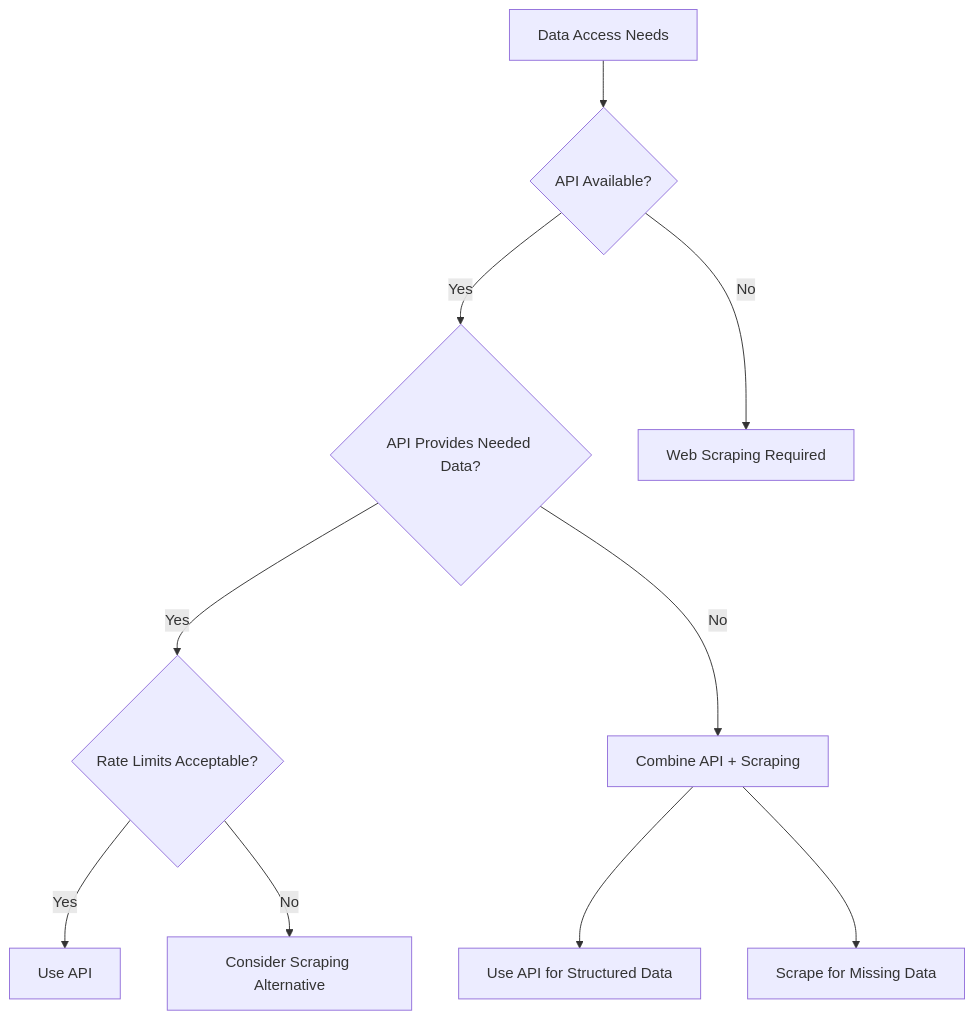
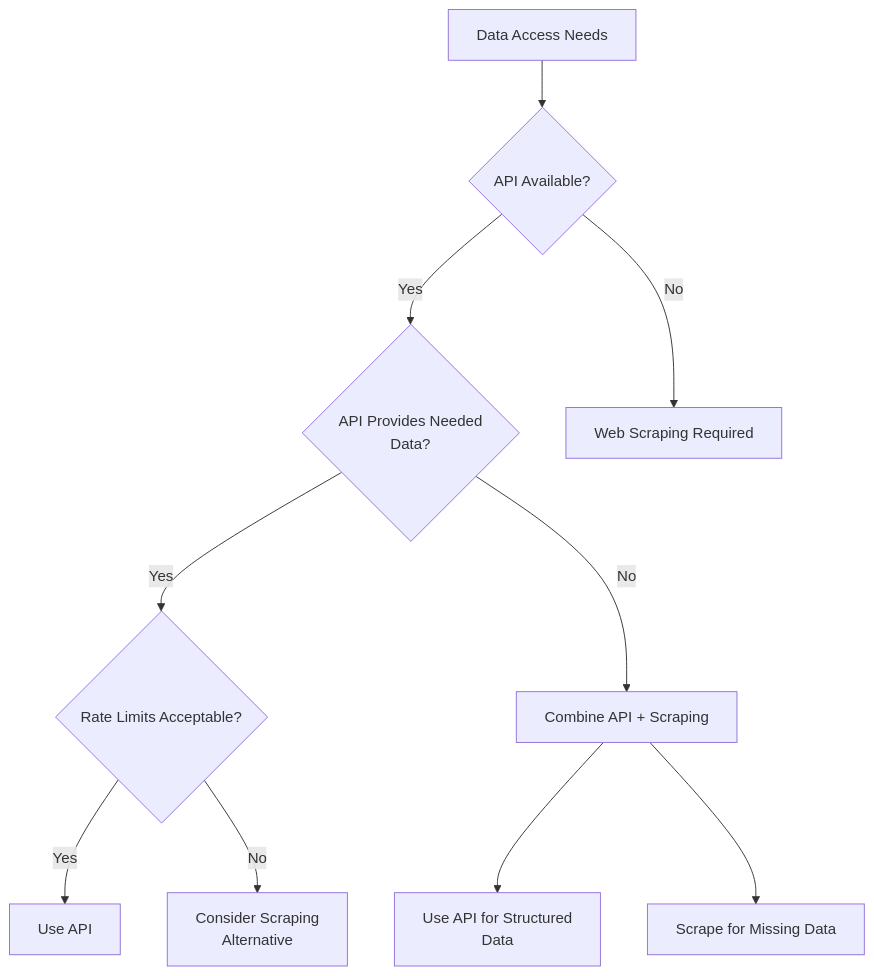
The fourth of 4 diagrams in _posts/2025-05-17-web-scraping-myths-separating-fact-fiction.md (bytetunnels/bytetunnels.github.com), drawn with Mermaid before and after one commit. The commit also changed other lines of this file and 118 other files, not shown here.

Commit message:
feat: improve diagram styling and compact wide flowcharts

````diff
--- a/_posts/2025-05-17-web-scraping-myths-separating-fact-fiction.md
+++ b/_posts/2025-05-17-web-scraping-myths-separating-fact-fiction.md
@@ -190,12 +197,12 @@
 ```mermaid
 graph TB
     A[Data Access Needs] --> B{API Available?}
-    B -->|Yes| C{API Provides Needed Data?}
+    B -->|Yes| C{"API Provides Needed<br/>Data?"}
     B -->|No| D[Web Scraping Required]
     C -->|Yes| E{Rate Limits Acceptable?}
     C -->|No| F[Combine API + Scraping]
     E -->|Yes| G[Use API]
-    E -->|No| H[Consider Scraping Alternative]
-    F --> I[Use API for Structured Data]
+    E -->|No| H["Consider Scraping<br/>Alternative"]
+    F --> I["Use API for Structured<br/>Data"]
     F --> J[Scrape for Missing Data]
 ```
````
